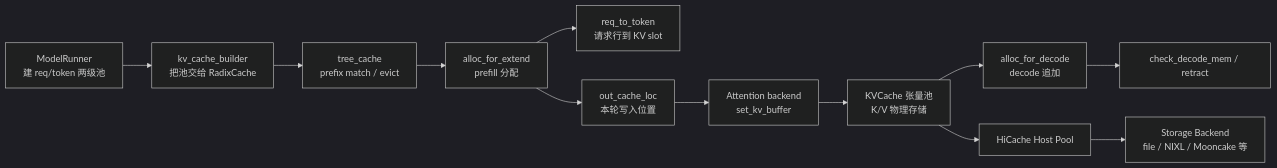
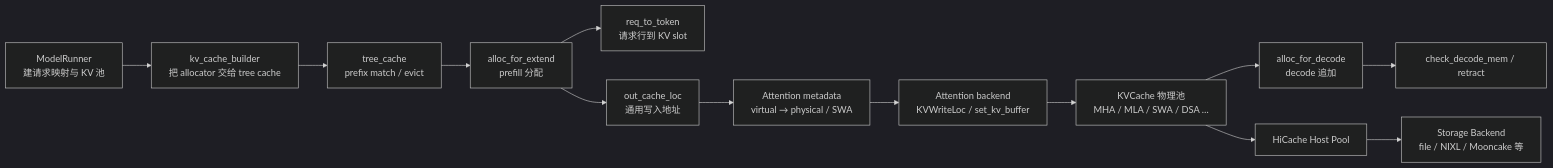
Before and after one commit to OnlyHero5/sglang-reading-vault: the diagram in sglang_reading/内存与Attention/KV-Cache/SGLang-KV-Cache.md, drawn with Mermaid (dark theme). The commit also changed other lines of this file and 512 other files, not shown here.

````diff
--- a/sglang_reading/内存与Attention/KV-Cache/SGLang-KV-Cache.md
+++ b/sglang_reading/内存与Attention/KV-Cache/SGLang-KV-Cache.md
@@ -28,14 +28,15 @@
 ```mermaid
 flowchart LR
-    MR["ModelRunner<br/>建 req/token 两级池"] --> Builder["kv_cache_builder<br/>把池交给 RadixCache"]
+    MR["ModelRunner<br/>建请求映射与 KV 池"] --> Builder["kv_cache_builder<br/>把 allocator 交给 tree cache"]
     Builder --> Tree["tree_cache<br/>prefix match / evict"]
     Tree --> Extend["alloc_for_extend<br/>prefill 分配"]
     Extend --> Map["req_to_token<br/>请求行到 KV slot"]
-    Extend --> Loc["out_cache_loc<br/>本轮写入位置"]
-    Loc --> Attn["Attention backend<br/>set_kv_buffer"]
-    Attn --> Pool["KVCache 张量池<br/>K/V 物理存储"]
+    Extend --> Loc["out_cache_loc<br/>通用写入地址"]
+    Loc --> Meta["Attention metadata<br/>virtual → physical / SWA"]
+    Meta --> Attn["Attention backend<br/>KVWriteLoc / set_kv_buffer"]
+    Attn --> Pool["KVCache 物理池<br/>MHA / MLA / SWA / DSA …"]
     Pool --> Decode["alloc_for_decode<br/>decode 追加"]
     Decode --> Retract["check_decode_mem / retract"]
     Pool --> Host["HiCache Host Pool"]
     Host --> Storage["Storage Backend<br/>file / NIXL / Mooncake 等"]
 ```
````
